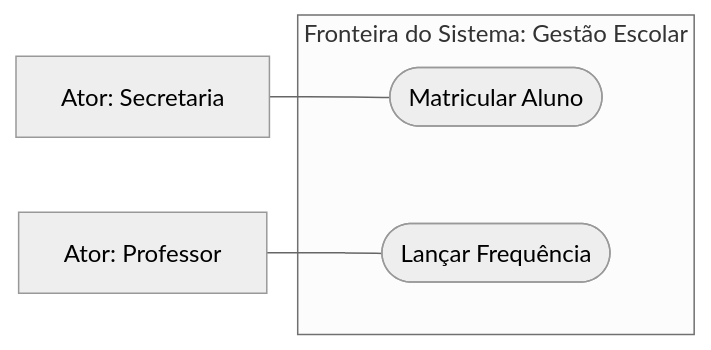
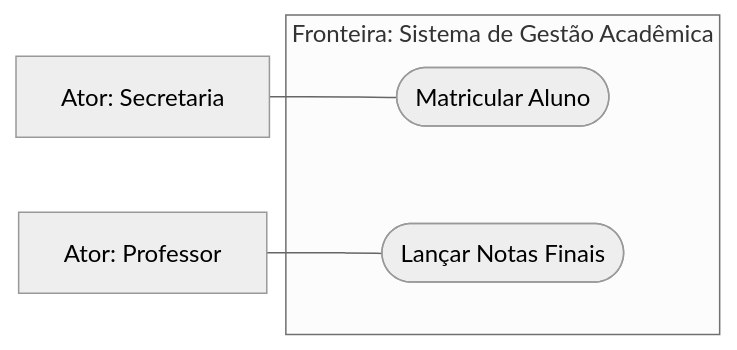
Before and after one commit to murilolol/unifef: diagram 13 of 28 in 4º Semestre/[Prof. Wesley Soares] Engenharia de Software II/Resumos-IA/Caderno-Consolidado.md, drawn with Mermaid (neutral theme). The commit also changed other lines of this file and 40 other files, not shown here.

````diff
--- a/4º Semestre/[Prof. Wesley Soares] Engenharia de Software II/Resumos-IA/Caderno-Consolidado.md
+++ b/4º Semestre/[Prof. Wesley Soares] Engenharia de Software II/Resumos-IA/Caderno-Consolidado.md
@@ -534,10 +615,9 @@
 ```mermaid
 flowchart LR
-    subgraph Sistema["Fronteira do Sistema: Gestão Escolar"]
+    subgraph Fronteira["Fronteira: Sistema de Gestão Acadêmica"]
         UC1(["Matricular Aluno"])
-        UC2(["Lançar Frequência"])
+        UC2(["Lançar Notas Finais"])
     end
-
-    Ator1["Ator: Secretaria"] --- UC1
-    Ator2["Ator: Professor"] --- UC2
+    AtorSecretaria["Ator: Secretaria"] --- UC1
+    AtorProfessor["Ator: Professor"] --- UC2
 ```
````
